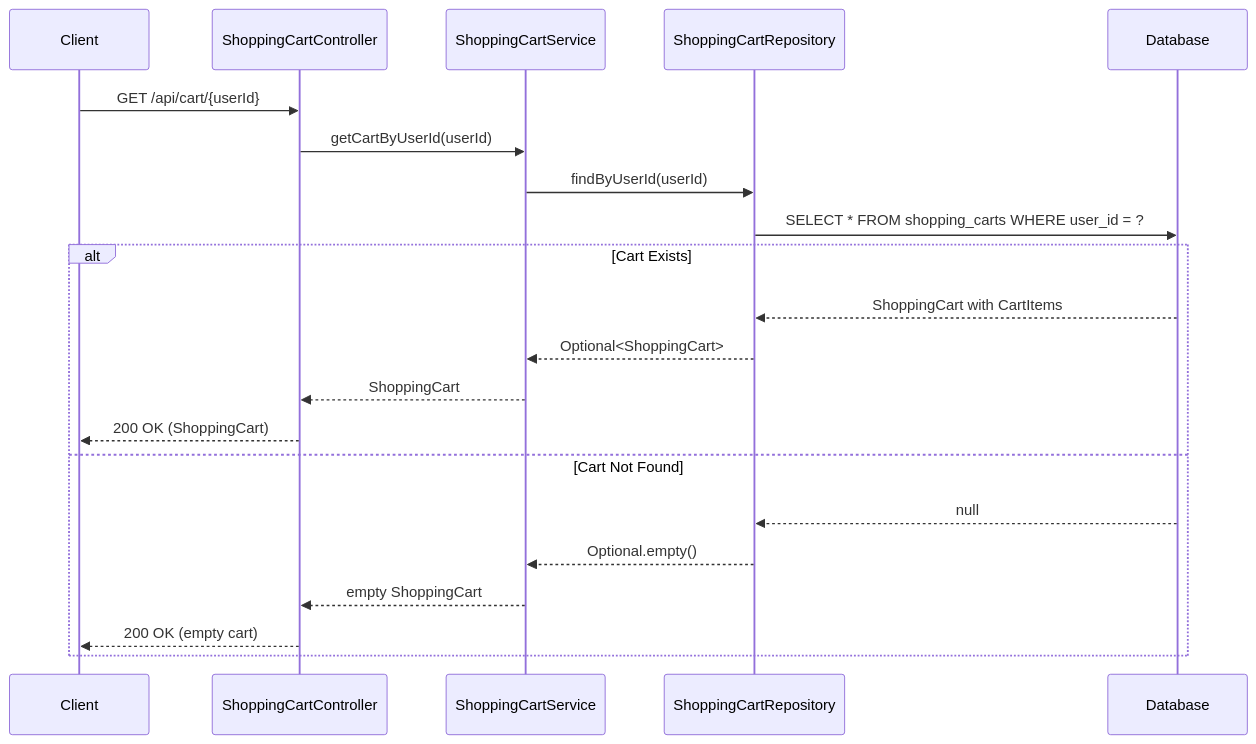
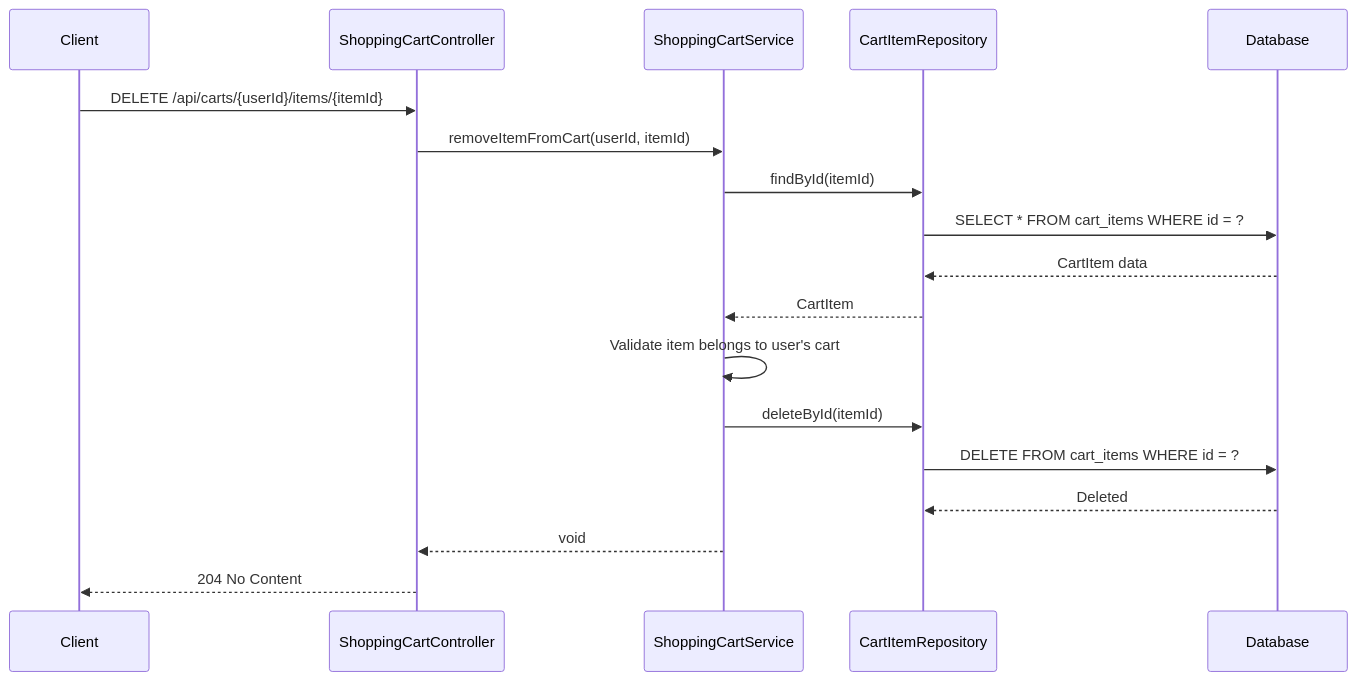
Diagram 11 of 13 in docs/LLD/modified_lld.md (NavneetBN47/aava-ecom-demo), drawn with Mermaid before and after one commit. The commit also changed other lines of this file, not shown here.

````diff
--- a/docs/LLD/modified_lld.md
+++ b/docs/LLD/modified_lld.md
@@ -440,25 +532,23 @@
 ```mermaid
 sequenceDiagram
     participant Client
     participant ShoppingCartController
     participant ShoppingCartService
-    participant ShoppingCartRepository
+    participant CartItemRepository
     participant Database
 
-    Client->>ShoppingCartController: GET /api/cart/{userId}
-    ShoppingCartController->>ShoppingCartService: getCartByUserId(userId)
-    ShoppingCartService->>ShoppingCartRepository: findByUserId(userId)
-    ShoppingCartRepository->>Database: SELECT * FROM shopping_carts WHERE user_id = ?
+    Client->>ShoppingCartController: DELETE /api/carts/{userId}/items/{itemId}
+    ShoppingCartController->>ShoppingCartService: removeItemFromCart(userId, itemId)
+    ShoppingCartService->>CartItemRepository: findById(itemId)
+    CartItemRepository->>Database: SELECT * FROM cart_items WHERE id = ?
+    Database-->>CartItemRepository: CartItem data
+    CartItemRepository-->>ShoppingCartService: CartItem
     
-    alt Cart Exists
-        Database-->>ShoppingCartRepository: ShoppingCart with CartItems
-        ShoppingCartRepository-->>ShoppingCartService: Optional<ShoppingCart>
-        ShoppingCartService-->>ShoppingCartController: ShoppingCart
-        ShoppingCartController-->>Client: 200 OK (ShoppingCart)
-    else Cart Not Found
-        Database-->>ShoppingCartRepository: null
-        ShoppingCartRepository-->>ShoppingCartService: Optional.empty()
-        ShoppingCartService-->>ShoppingCartController: empty ShoppingCart
-        ShoppingCartController-->>Client: 200 OK (empty cart)
-    end
+    ShoppingCartService->>ShoppingCartService: Validate item belongs to user's cart
+    ShoppingCartService->>CartItemRepository: deleteById(itemId)
+    CartItemRepository->>Database: DELETE FROM cart_items WHERE id = ?
+    Database-->>CartItemRepository: Deleted
+    
+    ShoppingCartService-->>ShoppingCartController: void
+    ShoppingCartController-->>Client: 204 No Content
 ```
````
